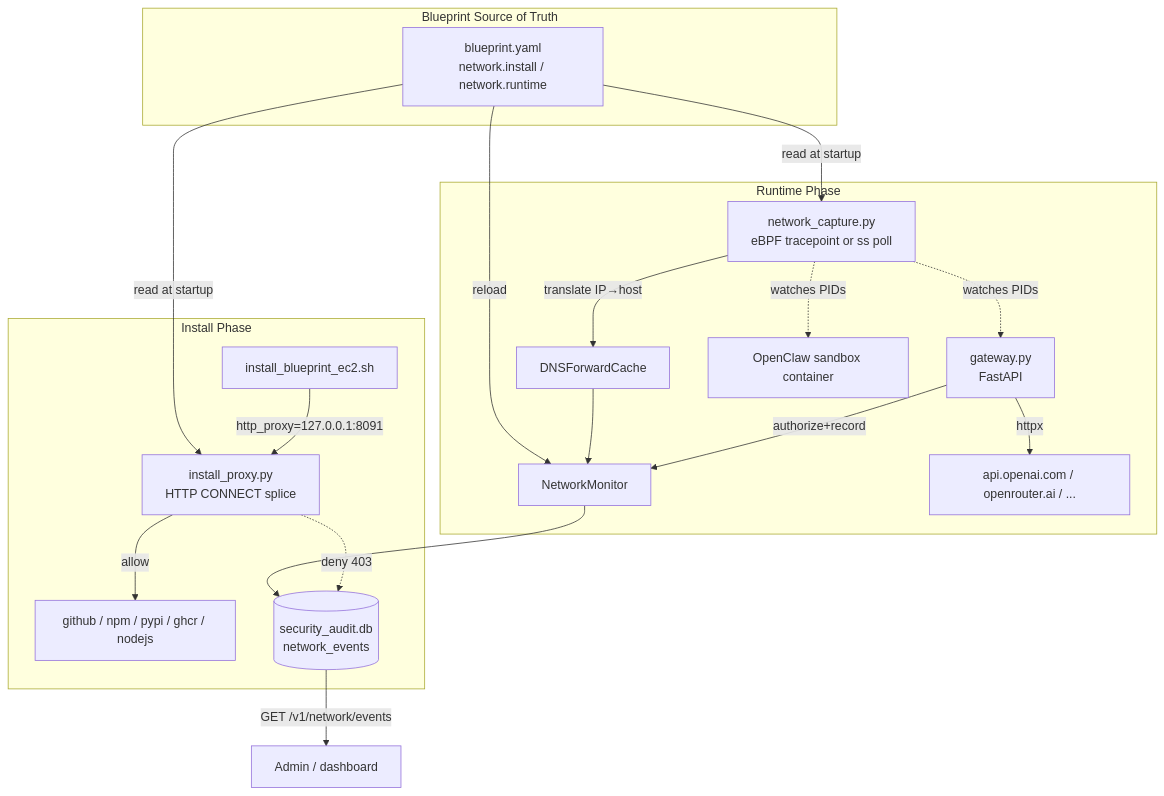
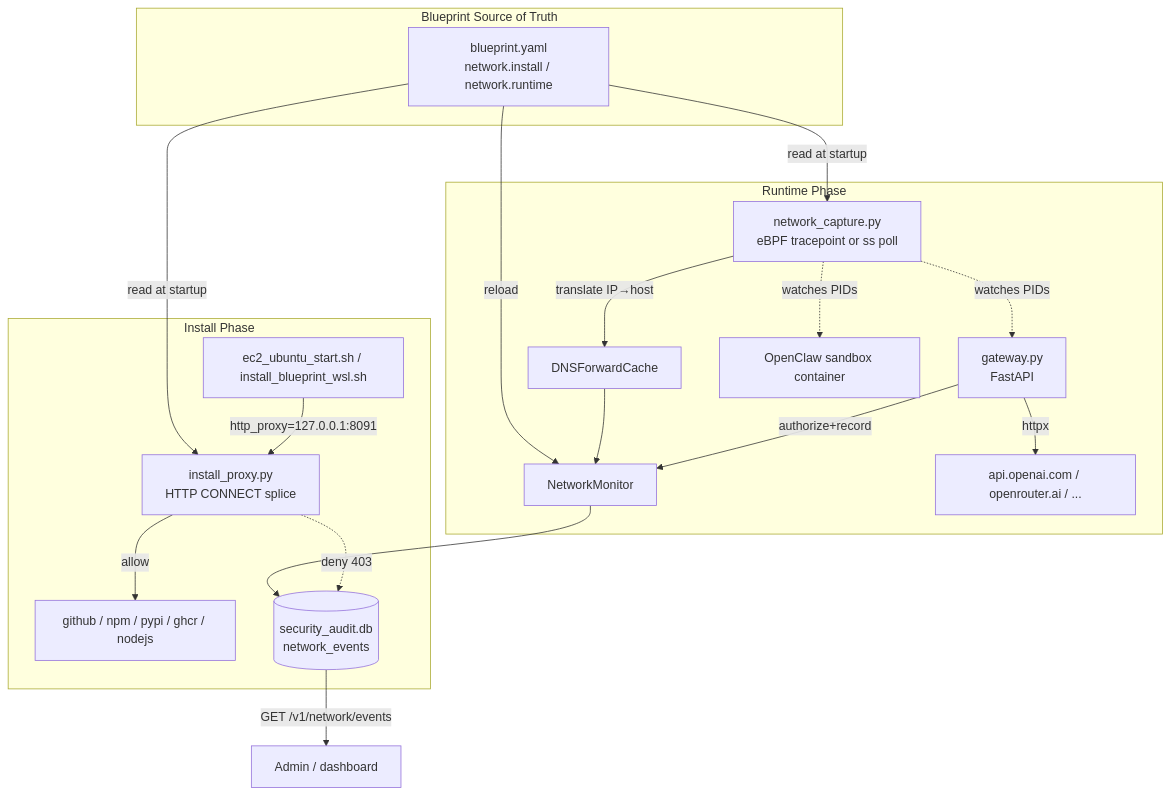
One commit to bforecast/openclaw-guard changed the first of 6 diagrams in network_architecture.md. Above: the diagram before and after it, drawn with Mermaid. The commit also changed other lines of this file and 5 other files, not shown here.

````diff
--- a/network_architecture.md
+++ b/network_architecture.md
@@ -20,29 +20,29 @@
 ```mermaid
 flowchart TB
     subgraph BP [Blueprint Source of Truth]
         Y[blueprint.yaml<br/>network.install / network.runtime]
     end
 
     subgraph Install [Install Phase]
-        Sh[install_blueprint_ec2.sh] -->|http_proxy=127.0.0.1:8091| IP[install_proxy.py<br/>HTTP CONNECT splice]
+        Sh[ec2_ubuntu_start.sh / install_blueprint_wsl.sh] -->|http_proxy=127.0.0.1:8091| IP[install_proxy.py<br/>HTTP CONNECT splice]
         IP -->|allow| Net1[github / npm / pypi / ghcr / nodejs]
         IP -.->|deny 403| AuditW[(security_audit.db<br/>network_events)]
     end
 
     subgraph Runtime [Runtime Phase]
         GW[gateway.py<br/>FastAPI] -->|authorize+record| NM[NetworkMonitor]
         GW -->|httpx| Up[api.openai.com / openrouter.ai / ...]
         NM --> AuditW
 
         NC[network_capture.py<br/>eBPF tracepoint or ss poll] -->|translate IP→host| DFC[DNSForwardCache]
         DFC --> NM
         NC -.watches PIDs.-> GW
         NC -.watches PIDs.-> SB[OpenClaw sandbox container]
     end
 
     Y -->|reload| NM
     Y -->|read at startup| IP
     Y -->|read at startup| NC
 
     AuditW -->|GET /v1/network/events| Admin[Admin / dashboard]
 ```
````
